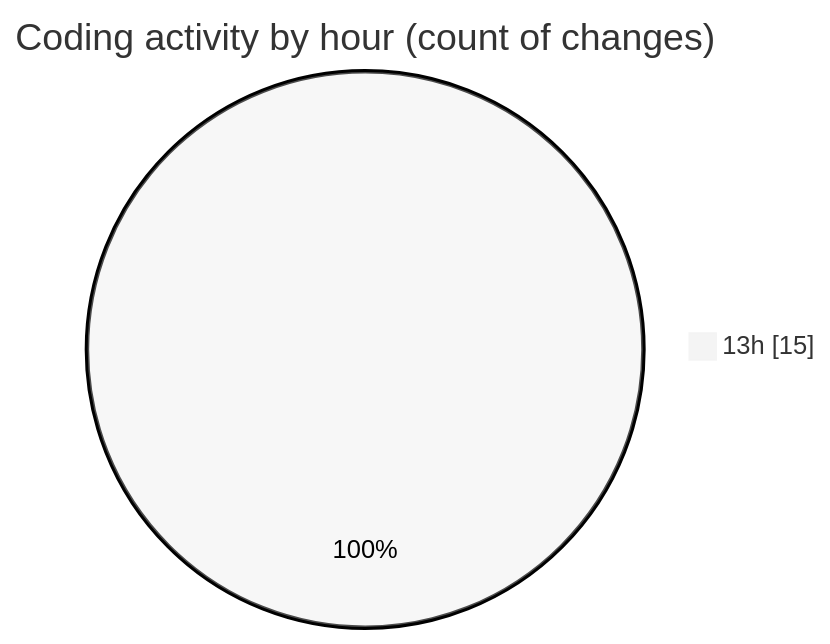
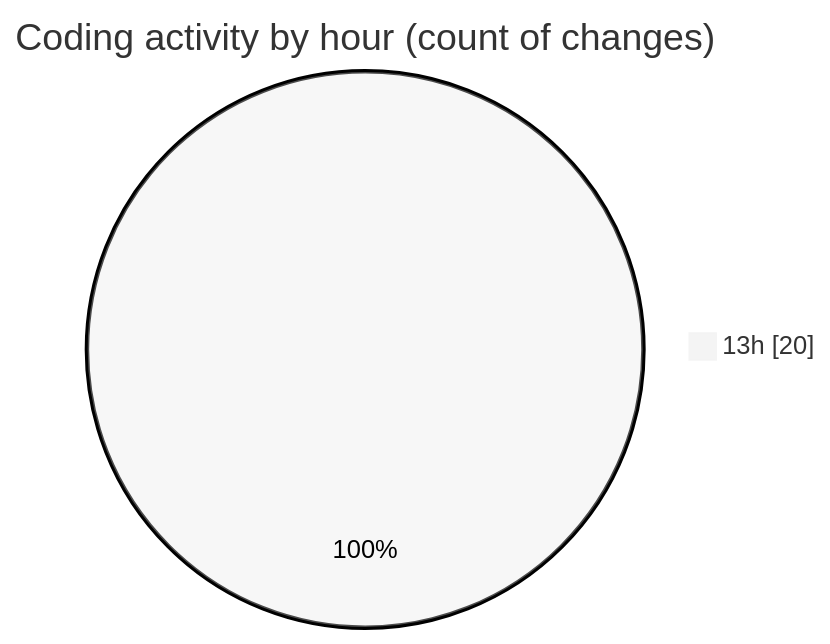
Before and after one commit to donsfak/code-tracking: the second of 2 diagrams in 2025-01-14/trackers_app/README.md, drawn with Mermaid (neutral theme). The commit also changed other lines of this file and 1 other file, not shown here.

````diff
--- a/2025-01-14/trackers_app/README.md
+++ b/2025-01-14/trackers_app/README.md
@@ -33,5 +34,5 @@
 ```mermaid
 pie showData
 title Coding activity by hour (count of changes)
-"13h" : 15
+"13h" : 20
 ```
````
